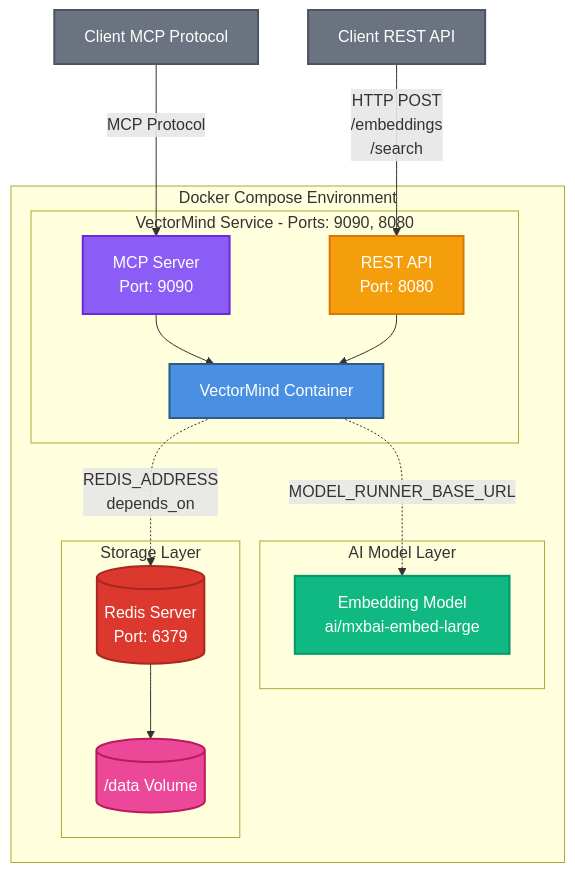
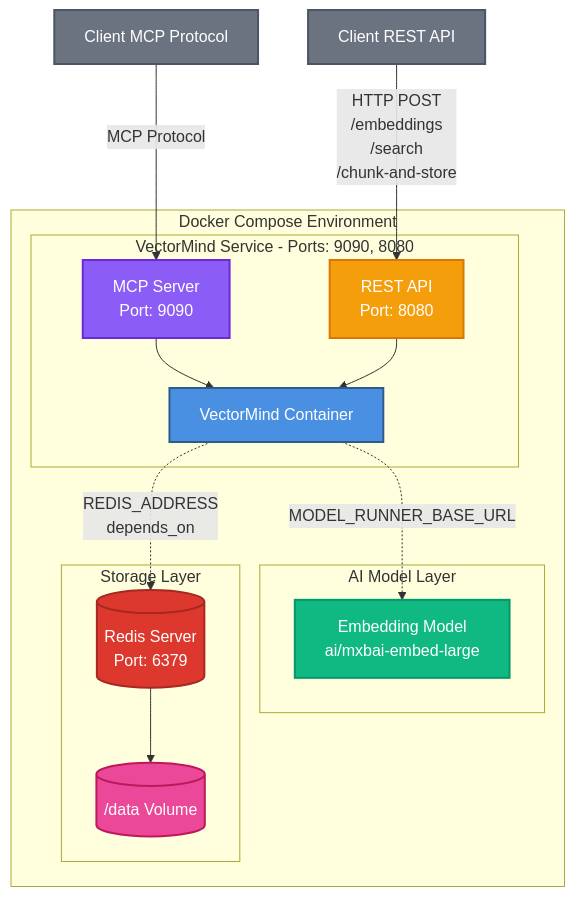
Before and after one commit to RecallFlow/VectorMind: the first of 2 diagrams in README.md, drawn with Mermaid. The commit also changed other lines of this file and 16 other files, not shown here.

````diff
--- a/README.md
+++ b/README.md
@@ -23,42 +24,42 @@
 ```mermaid
 graph TD
     CLIENT1[Client REST API]:::client
     CLIENT2[Client MCP Protocol]:::client
 
-    CLIENT1 -->|HTTP POST<br/>/embeddings<br/>/search| API
+    CLIENT1 -->|HTTP POST<br/>/embeddings<br/>/search<br/>/chunk-and-store| API
     CLIENT2 -->|MCP Protocol| MCP
 
     subgraph "Docker Compose Environment"
         subgraph "VectorMind Service - Ports: 9090, 8080"
             MCP[MCP Server<br/>Port: 9090]:::mcpserver
             API[REST API<br/>Port: 8080]:::restapi
             VM[VectorMind Container]:::vectormind
 
             MCP --> VM
             API --> VM
         end
 
         VM -.->|MODEL_RUNNER_BASE_URL| MODEL
 
         subgraph "AI Model Layer"
             MODEL[Embedding Model<br/>ai/mxbai-embed-large]:::model
         end
 
         VM -.->|REDIS_ADDRESS<br/>depends_on| REDIS
 
         subgraph "Storage Layer"
             REDIS[(Redis Server<br/>Port: 6379)]:::redis
             DATA[(/data Volume)]:::volume
 
             REDIS --> DATA
         end
     end
 
     classDef vectormind fill:#4A90E2,stroke:#2E5C8A,stroke-width:2px,color:#fff
     classDef redis fill:#DC382D,stroke:#A72822,stroke-width:2px,color:#fff
     classDef model fill:#10B981,stroke:#059669,stroke-width:2px,color:#fff
     classDef mcpserver fill:#8B5CF6,stroke:#6D28D9,stroke-width:2px,color:#fff
     classDef restapi fill:#F59E0B,stroke:#D97706,stroke-width:2px,color:#fff
     classDef client fill:#6B7280,stroke:#4B5563,stroke-width:2px,color:#fff
     classDef volume fill:#EC4899,stroke:#BE185D,stroke-width:2px,color:#fff
 ```
````
